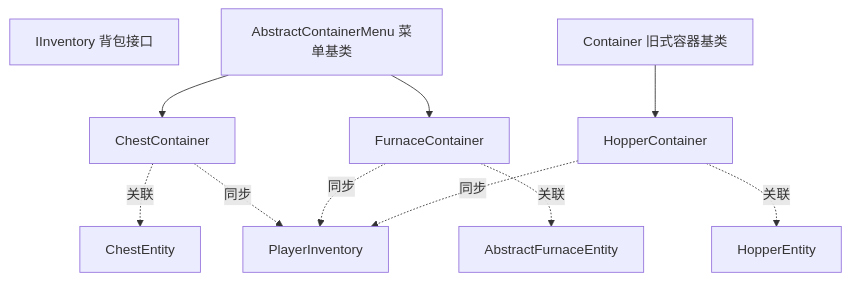
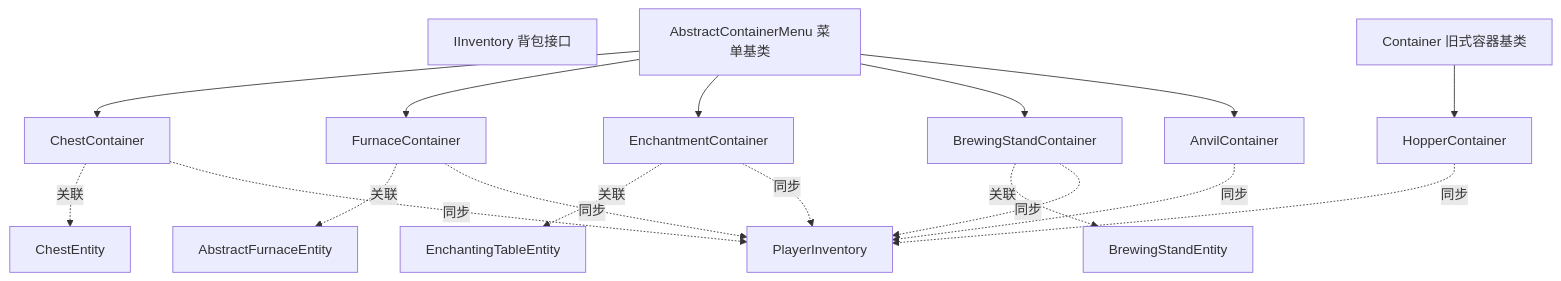
One commit to g122622/Cubium changed the diagram in src/common/entity/inventory/container/README.md. Above: the diagram before and after it, drawn with Mermaid. The commit also changed other lines of this file and 9 other files, not shown here.

````diff
--- a/src/common/entity/inventory/container/README.md
+++ b/src/common/entity/inventory/container/README.md
@@ -86,23 +161,34 @@
 ```mermaid
 graph TB
     IInventory[IInventory 背包接口]
     AbstractContainerMenu[AbstractContainerMenu 菜单基类]
     Container[Container 旧式容器基类]
     ChestContainer[ChestContainer]
     FurnaceContainer[FurnaceContainer]
+    EnchantmentContainer[EnchantmentContainer]
+    BrewingStandContainer[BrewingStandContainer]
+    AnvilContainer[AnvilContainer]
     HopperContainer[HopperContainer]
     ChestEntity[ChestEntity]
     FurnaceEntity[AbstractFurnaceEntity]
-    HopperEntity[HopperEntity]
+    EnchantingTableEntity[EnchantingTableEntity]
+    BrewingStandEntity[BrewingStandEntity]
     PlayerInventory[PlayerInventory]
 
     AbstractContainerMenu --> ChestContainer
     AbstractContainerMenu --> FurnaceContainer
+    AbstractContainerMenu --> EnchantmentContainer
+    AbstractContainerMenu --> BrewingStandContainer
+    AbstractContainerMenu --> AnvilContainer
     Container --> HopperContainer
     ChestContainer -.关联.-> ChestEntity
     FurnaceContainer -.关联.-> FurnaceEntity
-    HopperContainer -.关联.-> HopperEntity
+    EnchantmentContainer -.关联.-> EnchantingTableEntity
+    BrewingStandContainer -.关联.-> BrewingStandEntity
     ChestContainer -.同步.-> PlayerInventory
     FurnaceContainer -.同步.-> PlayerInventory
+    EnchantmentContainer -.同步.-> PlayerInventory
+    BrewingStandContainer -.同步.-> PlayerInventory
+    AnvilContainer -.同步.-> PlayerInventory
     HopperContainer -.同步.-> PlayerInventory
 ```
````
